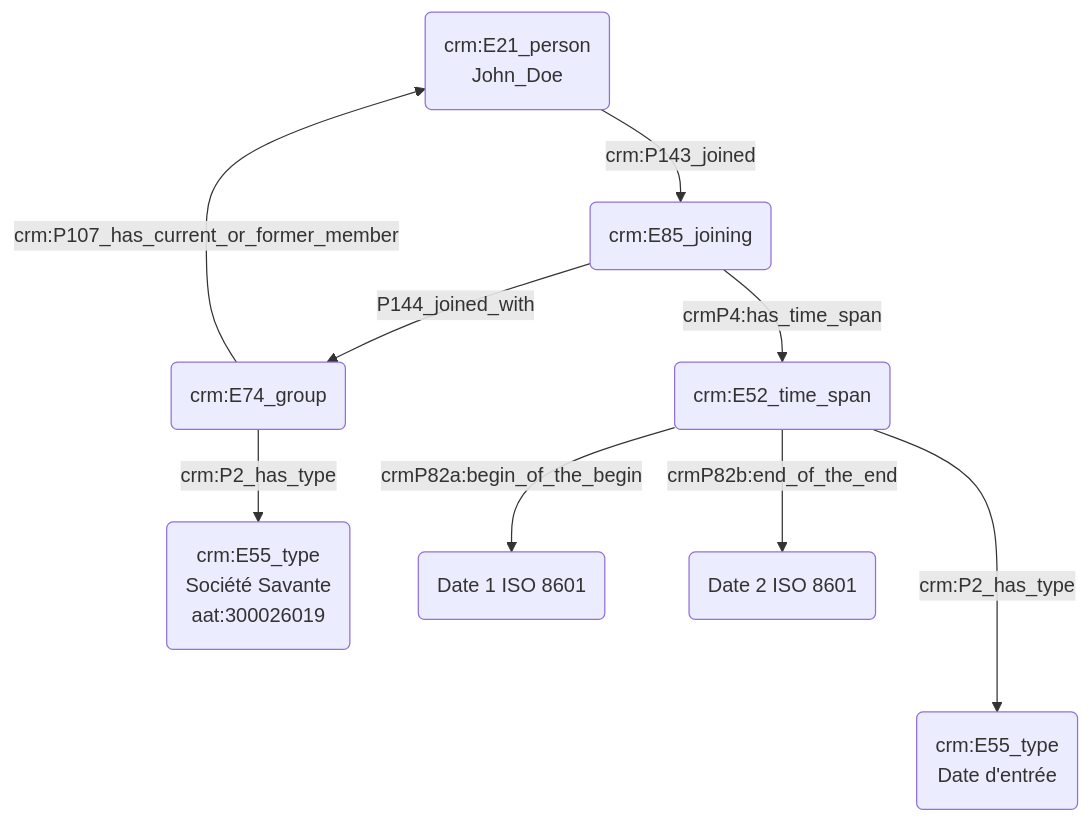
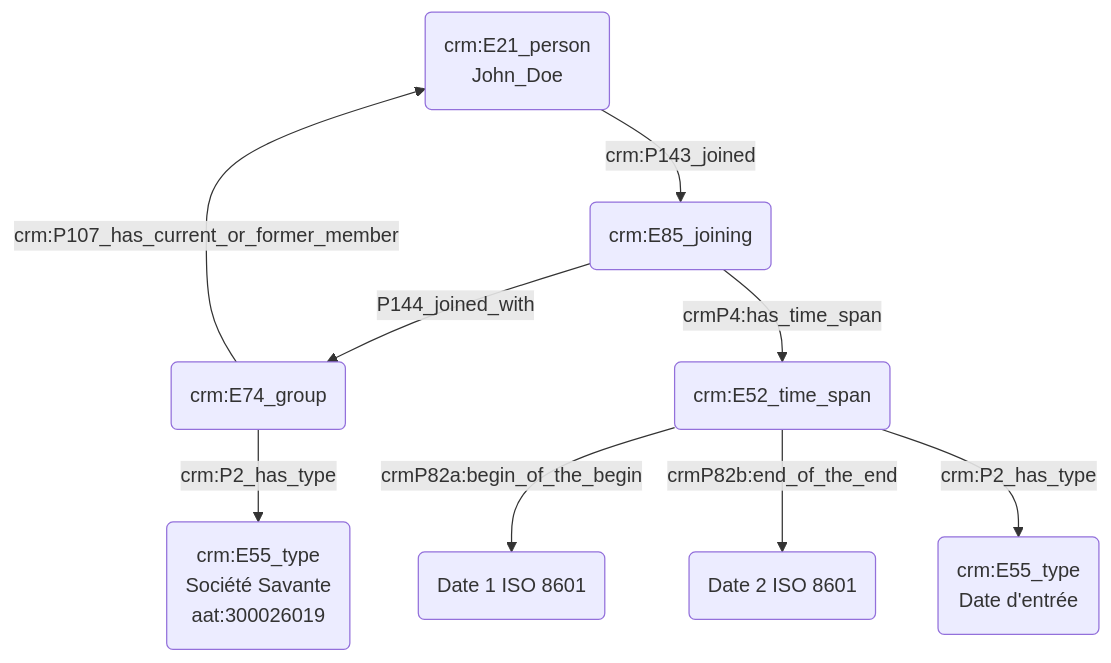
One commit to Amleth/consortium-musica2-gt2-ontologies changed the diagram in modules/livrables/Dossier 2/Prosopographie/appartenance à un groupe social.md. Above: the diagram before and after it, drawn with Mermaid.

Commit message:
Update appartenance à un groupe social.md

````diff
--- a/modules/livrables/Dossier 2/Prosopographie/appartenance à un groupe social.md
+++ b/modules/livrables/Dossier 2/Prosopographie/appartenance à un groupe social.md
@@ -17,15 +17,15 @@
 ```mermaid
 graph TD;
 
 A(crm:E21_person<br>John_Doe) -->|crm:P143_joined| B(crm:E85_joining<br>Groupe)
 B(crm:E85_joining) --> |P144_joined_with| G(crm:E74_group)
 G(crm:E74_group) -->|crm:P2_has_type| C(crm:E55_type<br>Société Savante<br>aat:300026019)
 G(crm:E74_group) --> |crm:P107_has_current_or_former_member| A(crm:E21_person<br>John_Doe)
 
 
 B(crm:E85_joining) --> |crmP4:has_time_span| D(crm:E52_time_span)
 D(crm:E52_time_span) --> |crmP82a:begin_of_the_begin| E(Date 1 ISO 8601)
 D(crm:E52_time_span) --> |crmP82b:end_of_the_end| H(Date 2 ISO 8601)
-D(crm:E52_time_span) --->|crm:P2_has_type| F(crm:E55_type<br>Date d'entrée)
+D(crm:E52_time_span) -->|crm:P2_has_type| F(crm:E55_type<br>Date d'entrée)
 
 ```
````
